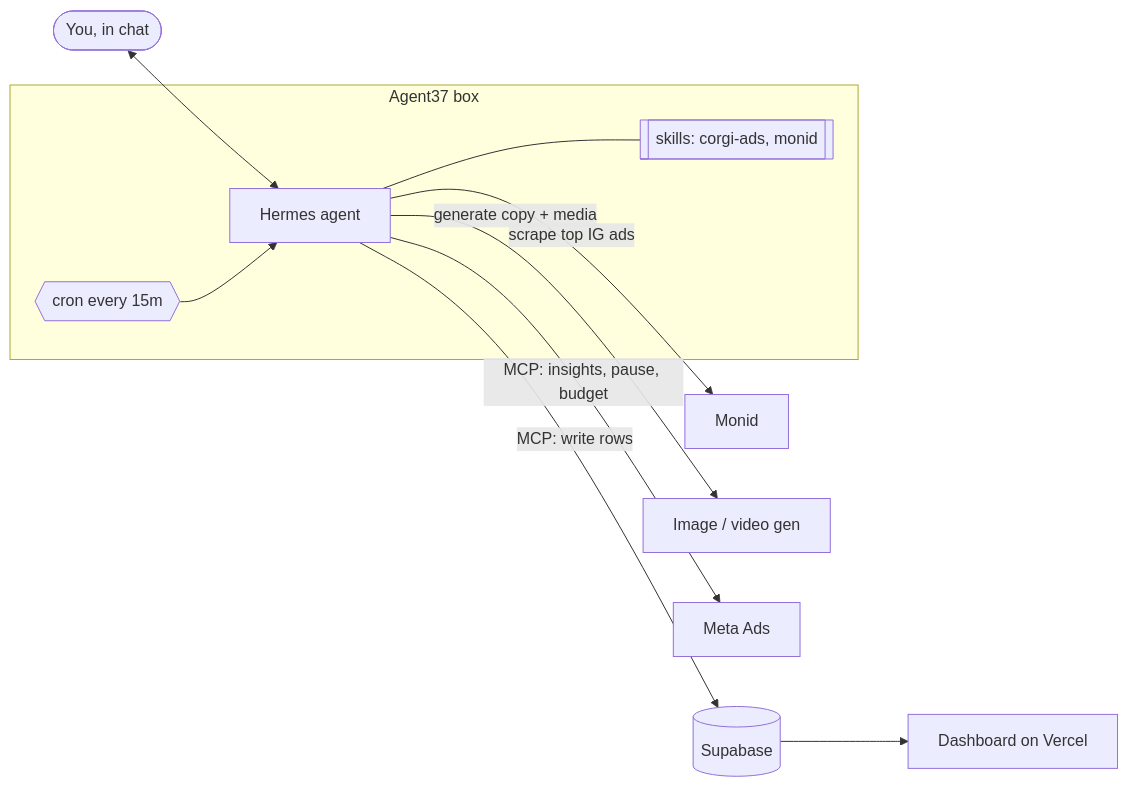
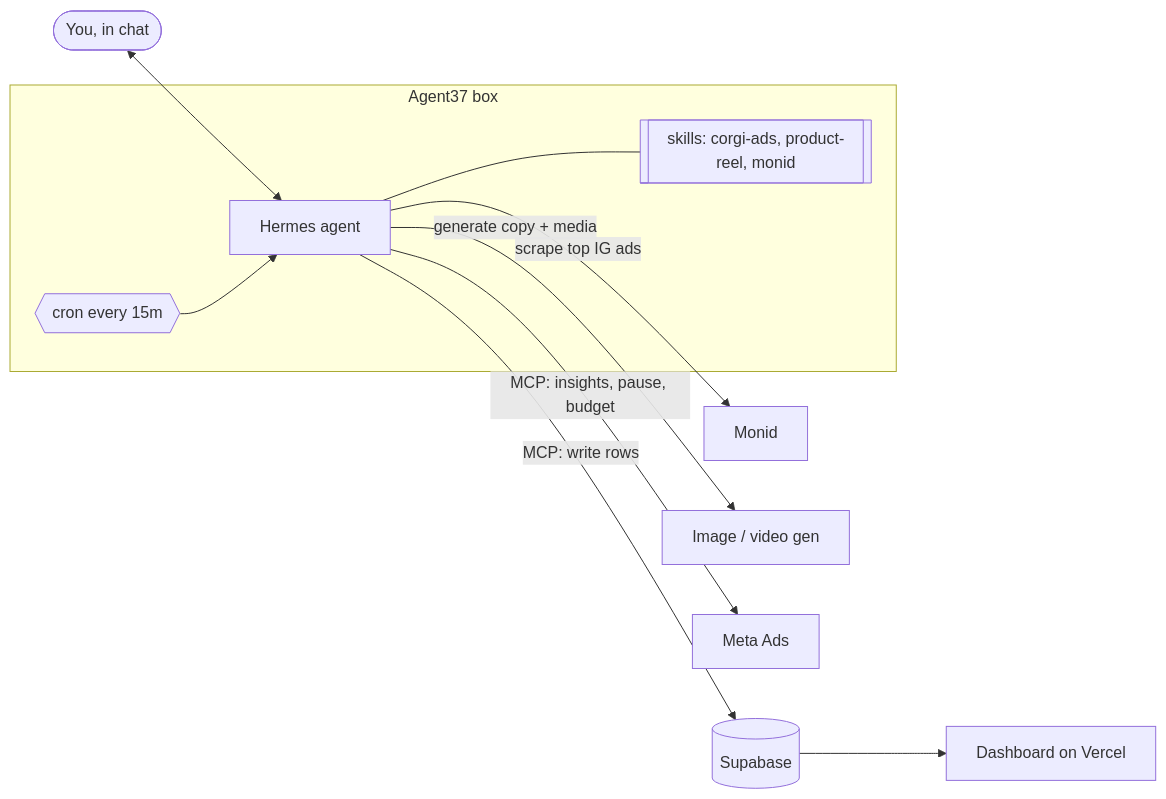
The diagram in README.md (benikigai/corgihack), drawn with Mermaid before and after one commit. The commit also changed other lines of this file and 5 other files, not shown here.

Commit message:
Add product reel creation skill for Hermes

````diff
--- a/README.md
+++ b/README.md
@@ -11,18 +11,18 @@
 ```mermaid
 flowchart LR
   user([You, in chat]) <--> hermes
 
   subgraph agent37[Agent37 box]
     hermes[Hermes agent]
-    skills[[skills: corgi-ads, monid]]
+    skills[[skills: corgi-ads, product-reel, monid]]
     cron{{cron every 15m}}
     hermes --- skills
     cron --> hermes
   end
 
   hermes -- scrape top IG ads --> monid[Monid]
   hermes -- generate copy + media --> gen[Image / video gen]
   hermes -- MCP: insights, pause, budget --> meta[Meta Ads]
   hermes -- MCP: write rows --> db[(Supabase)]
   db --> web[Dashboard on Vercel]
 ```
````
